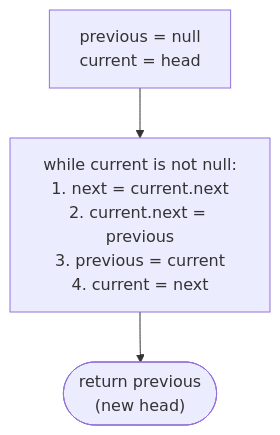
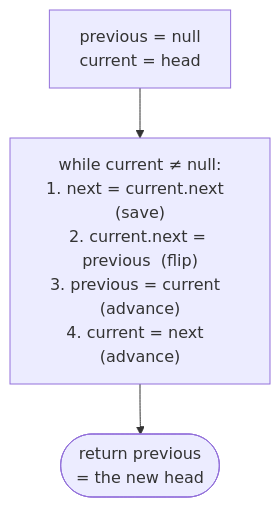
The diagram in content/cortex/data-structures-and-algorithms/02-linear-structures/03-singly-linked-list/07-pattern-reversal/01-pattern.md (ani2fun/codefolio), drawn with Mermaid before and after one commit. The commit also changed other lines of this file and 1049 other files, not shown here.

````diff
--- a/content/cortex/data-structures-and-algorithms/02-linear-structures/03-singly-linked-list/07-pattern-reversal/01-pattern.md
+++ b/content/cortex/data-structures-and-algorithms/02-linear-structures/03-singly-linked-list/07-pattern-reversal/01-pattern.md
@@ -151,7 +57,7 @@
 ```mermaid
 flowchart TB
-    INIT["previous = null<br/>current = head"]
-    LOOP["while current is not null:<br/>1. next = current.next<br/>2. current.next = previous<br/>3. previous = current<br/>4. current = next"]
-    END(["return previous<br/>(new head)"])
-    INIT --> LOOP --> END
+  INIT["previous = null<br/>current = head"]
+  LOOP["while current ≠ null:<br/>1. next = current.next  (save)<br/>2. current.next = previous  (flip)<br/>3. previous = current  (advance)<br/>4. current = next  (advance)"]
+  END(["return previous<br/>= the new head"])
+  INIT --> LOOP --> END
 ```
````
